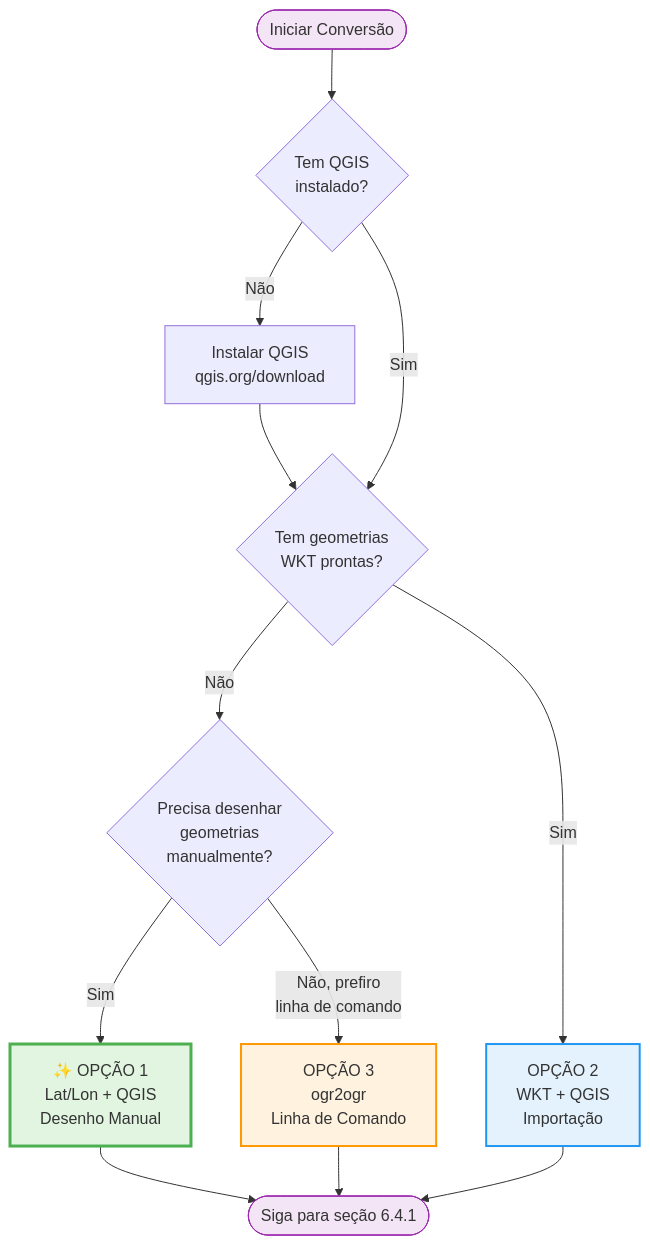
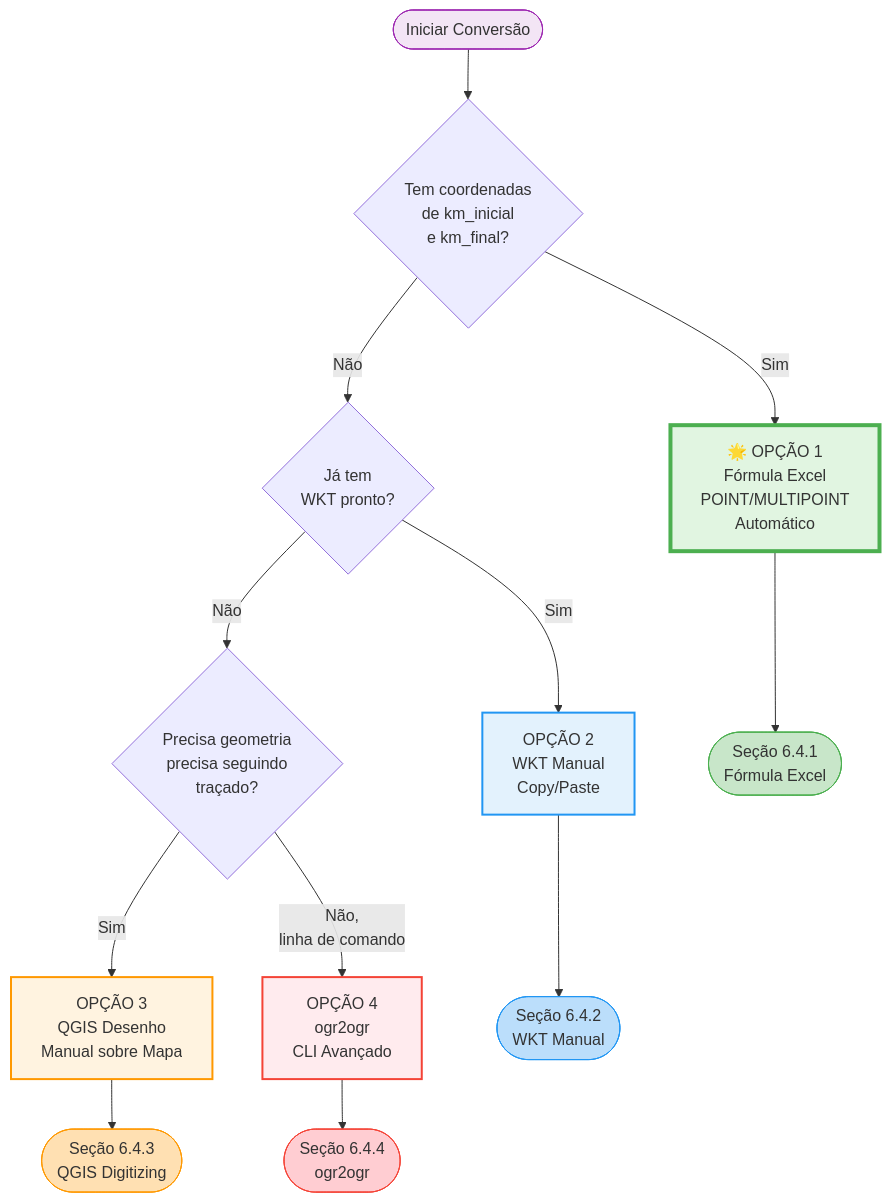
One commit to dorettoartesp/geojson-manual changed the diagram in content/docs/06-conversao-interface-grafica.md. Above: the diagram before and after it, drawn with Mermaid. The commit also changed other lines of this file, not shown here.

First line of the commit message:
feat: Update chapter 6 with ARTESP precision requirements and Excel formulas

````diff
--- a/content/docs/06-conversao-interface-grafica.md
+++ b/content/docs/06-conversao-interface-grafica.md
@@ -26,28 +55,33 @@
 ```mermaid
 flowchart TD
     Start([Iniciar Conversão])
 
-    Start --> Q1{Tem QGIS<br/>instalado?}
+    Start --> Q1{Tem coordenadas<br/>de km_inicial<br/>e km_final?}
 
-    Q1 -->|Não| Install[Instalar QGIS<br/>qgis.org/download]
-    Install --> Q2
+    Q1 -->|Sim| Opt1[🌟 OPÇÃO 1<br/>Fórmula Excel<br/>POINT/MULTIPOINT<br/>Automático]
 
-    Q1 -->|Sim| Q2{Tem geometrias<br/>WKT prontas?}
+    Q1 -->|Não| Q2{Já tem<br/>WKT pronto?}
 
-    Q2 -->|Não| Q3{Precisa desenhar<br/>geometrias<br/>manualmente?}
+    Q2 -->|Sim| Opt2[OPÇÃO 2<br/>WKT Manual<br/>Copy/Paste]
 
-    Q3 -->|Sim| Opt1[✨ OPÇÃO 1<br/>Lat/Lon + QGIS<br/>Desenho Manual]
-    Q3 -->|Não, prefiro<br/>linha de comando| Opt3[OPÇÃO 3<br/>ogr2ogr<br/>Linha de Comando]
+    Q2 -->|Não| Q3{Precisa geometria<br/>precisa seguindo<br/>traçado?}
 
-    Q2 -->|Sim| Opt2[OPÇÃO 2<br/>WKT + QGIS<br/>Importação]
+    Q3 -->|Sim| Opt3[OPÇÃO 3<br/>QGIS Desenho<br/>Manual sobre Mapa]
 
-    Opt1 --> End([Siga para seção 6.4.1])
-    Opt2 --> End
-    Opt3 --> End
+    Q3 -->|Não,<br/>linha de comando| Opt4[OPÇÃO 4<br/>ogr2ogr<br/>CLI Avançado]
 
-    style Opt1 fill:#e1f5e1,stroke:#4caf50,stroke-width:3px
+    Opt1 --> End1([Seção 6.4.1<br/>Fórmula Excel])
+    Opt2 --> End2([Seção 6.4.2<br/>WKT Manual])
+    Opt3 --> End3([Seção 6.4.3<br/>QGIS Digitizing])
+    Opt4 --> End4([Seção 6.4.4<br/>ogr2ogr])
+
+    style Opt1 fill:#e1f5e1,stroke:#4caf50,stroke-width:4px
     style Opt2 fill:#e3f2fd,stroke:#2196f3,stroke-width:2px
     style Opt3 fill:#fff3e0,stroke:#ff9800,stroke-width:2px
+    style Opt4 fill:#ffebee,stroke:#f44336,stroke-width:2px
     style Start fill:#f3e5f5,stroke:#9c27b0
-    style End fill:#f3e5f5,stroke:#9c27b0
+    style End1 fill:#c8e6c9,stroke:#4caf50
+    style End2 fill:#bbdefb,stroke:#2196f3
+    style End3 fill:#ffe0b2,stroke:#ff9800
+    style End4 fill:#ffcdd2,stroke:#f44336
 ```
````
